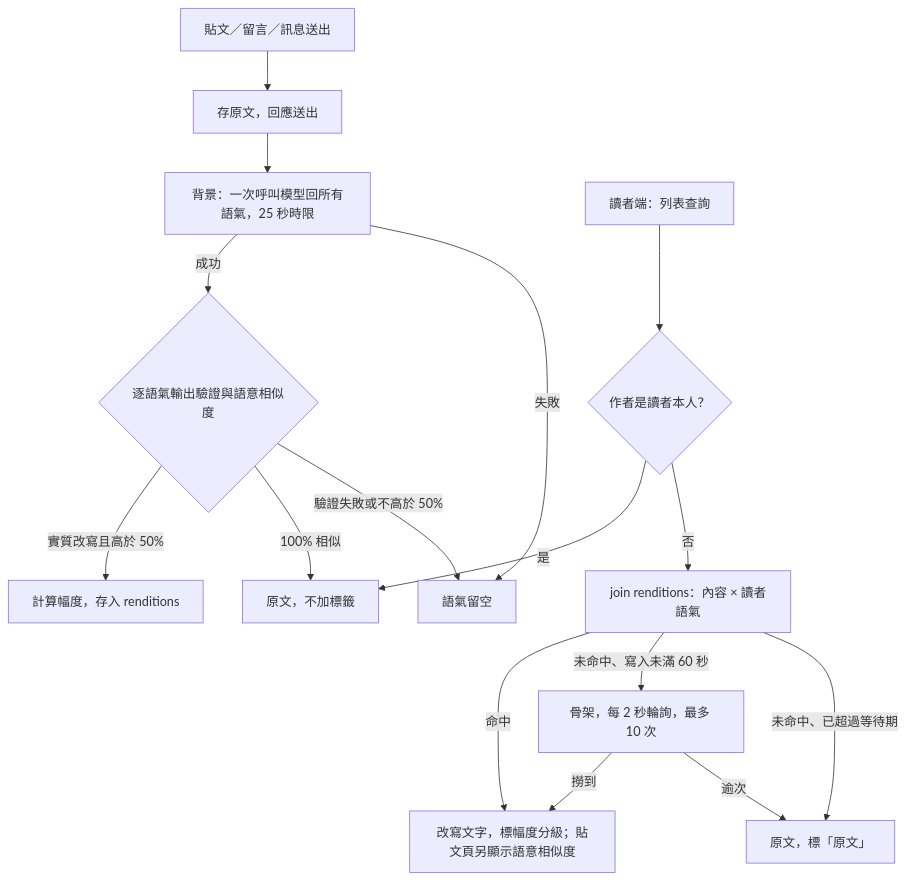
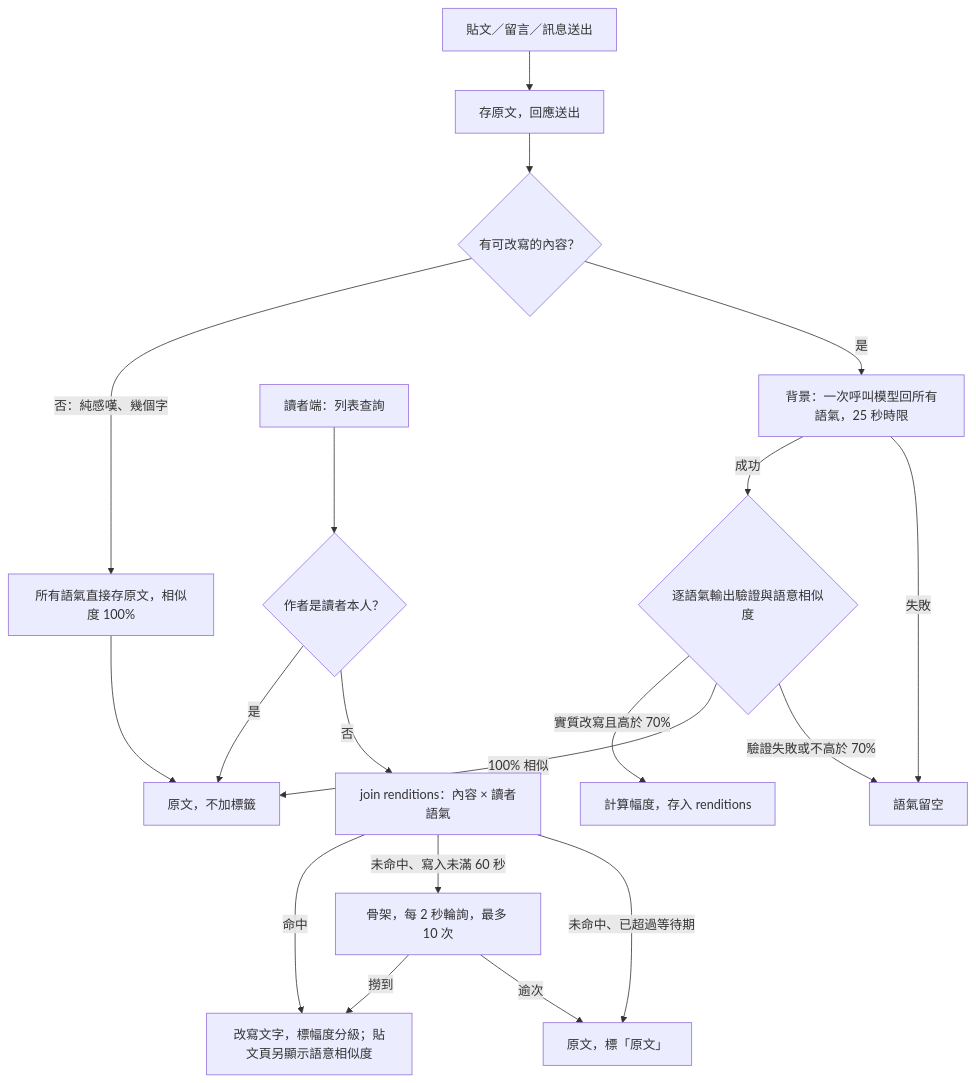
The diagram in backlog/docs/ai-social/doc-002 - 語氣改寫引擎-PRD.md (yeeway0609/ai-social), drawn with Mermaid before and after one commit. The commit also changed other lines of this file and 1 other file, not shown here.

````diff
--- a/backlog/docs/ai-social/doc-002 - 語氣改寫引擎-PRD.md
+++ b/backlog/docs/ai-social/doc-002 - 語氣改寫引擎-PRD.md
@@ -94,18 +113,21 @@
 ```mermaid
 flowchart TD
   W[貼文／留言／訊息送出] --> S[存原文，回應送出]
-  S --> P[背景：一次呼叫模型回所有語氣，25 秒時限]
+  S --> T{有可改寫的內容？}
+  T -- 否：純感嘆、幾個字 --> U[所有語氣直接存原文，相似度 100%]
+  U --> Y
+  T -- 是 --> P[背景：一次呼叫模型回所有語氣，25 秒時限]
   P -- 成功 --> Q{逐語氣輸出驗證與語意相似度}
-  Q -- 實質改寫且高於 50% --> R[計算幅度，存入 renditions]
+  Q -- 實質改寫且高於 70% --> R[計算幅度，存入 renditions]
   Q -- 100% 相似 --> Y
-  Q -- 驗證失敗或不高於 50% --> X
+  Q -- 驗證失敗或不高於 70% --> X
   P -- 失敗 --> X[語氣留空]
   A[讀者端：列表查詢] --> B{作者是讀者本人？}
   B -- 是 --> Y[原文，不加標籤]
   B -- 否 --> C[join renditions：內容 × 讀者語氣]
   C -- 命中 --> H[改寫文字，標幅度分級；貼文頁另顯示語意相似度]
   C -- 未命中、寫入未滿 60 秒 --> D[骨架，每 2 秒輪詢，最多 10 次]
   D -- 撈到 --> H
   D -- 逾次 --> Z[原文，標「原文」]
   C -- 未命中、已超過等待期 --> Z
 ```
````
